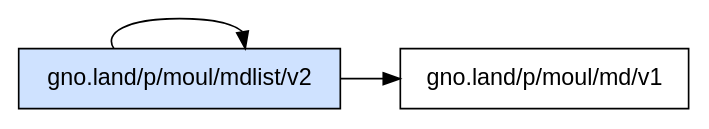
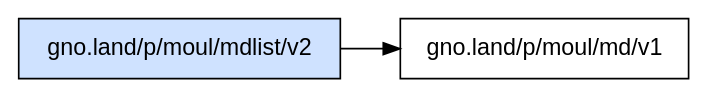
Before and after one commit to moul/gno-contracts: the diagram in _assets/gno.land/p/moul/mdlist/v2/deps.dot, drawn with Graphviz. The commit also changed 18 other files, not shown here.

```diff
--- a/_assets/gno.land/p/moul/mdlist/v2/deps.dot
+++ b/_assets/gno.land/p/moul/mdlist/v2/deps.dot
@@ -1,7 +1,6 @@
 digraph deps {
   rankdir=LR;
   node [shape=box, fontname="sans-serif"];
   "gno.land/p/moul/mdlist/v2" [style=filled, fillcolor="#cfe2ff"];
   "gno.land/p/moul/mdlist/v2" -> "gno.land/p/moul/md/v1";
-  "gno.land/p/moul/mdlist/v2" -> "gno.land/p/moul/mdlist/v2";
 }
```
